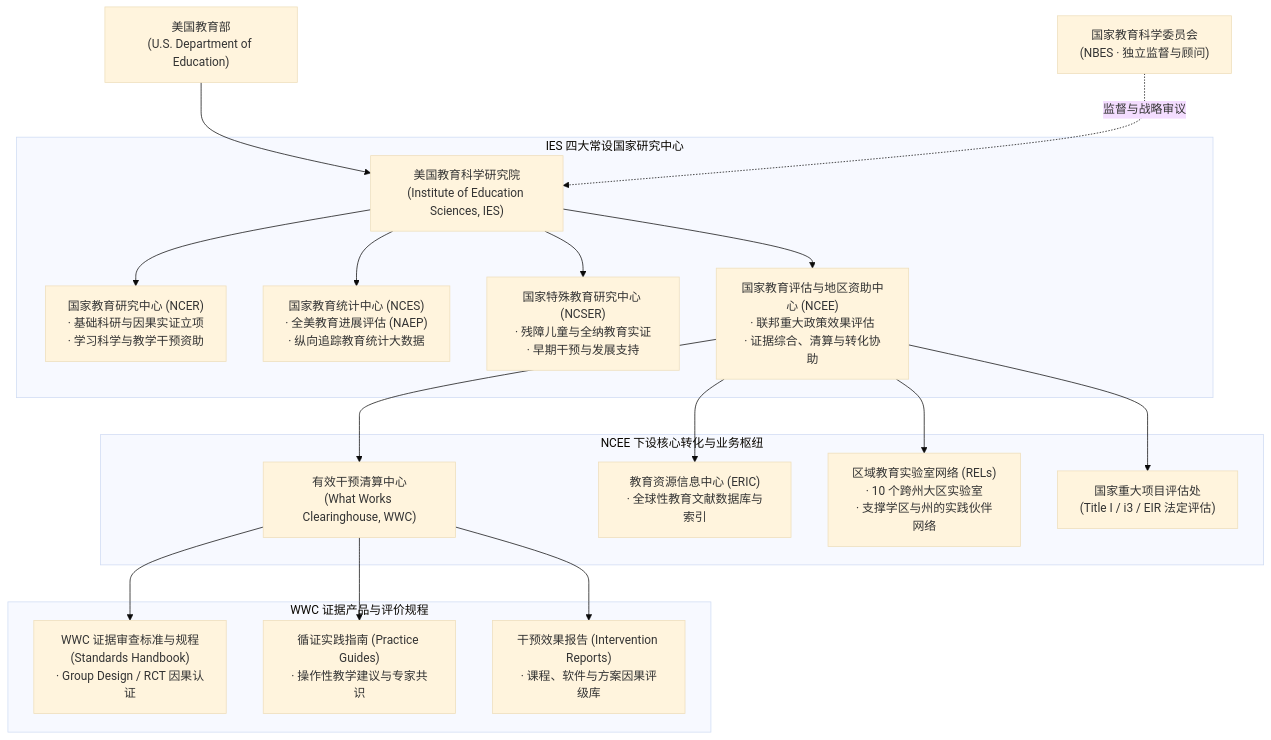
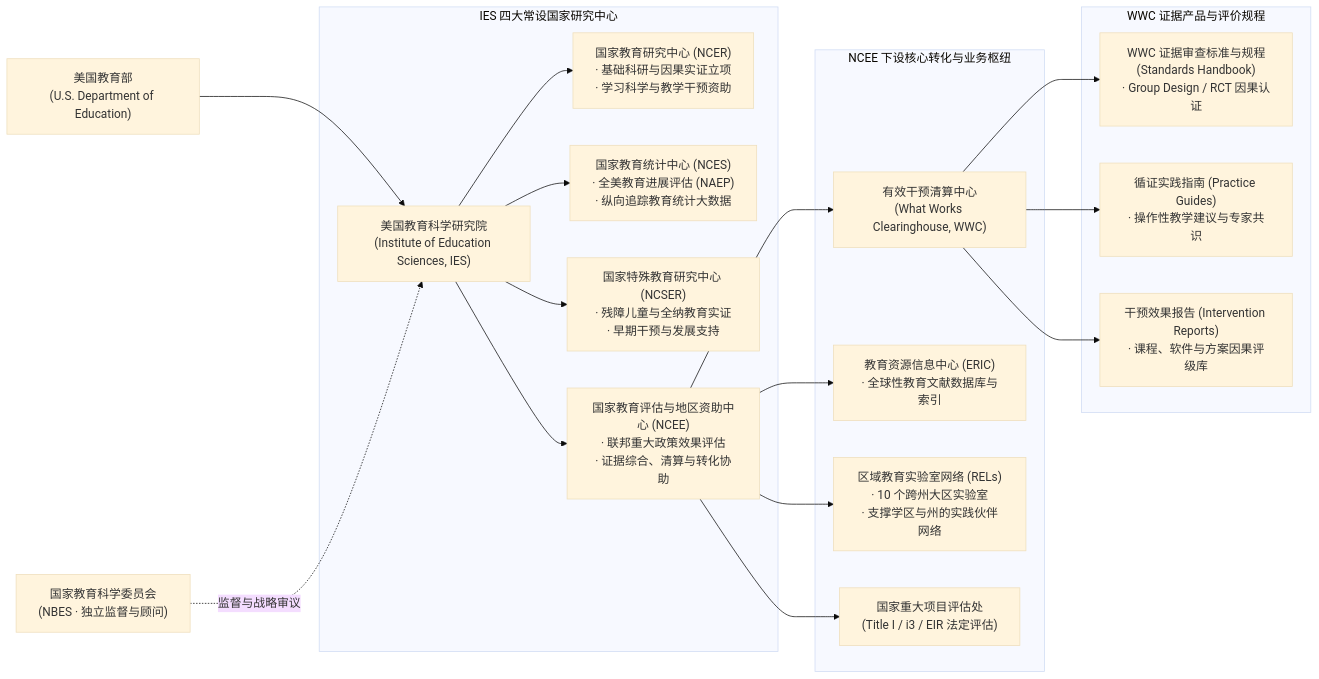
One commit to likemie/vault-notes changed the diagram in wiki/facts/us/Institute of Education Sciences.md. Above: the diagram before and after it, drawn with Mermaid (base theme). The commit also changed 4 other files, not shown here.

````diff
--- a/wiki/facts/us/Institute of Education Sciences.md
+++ b/wiki/facts/us/Institute of Education Sciences.md
@@ -126,25 +126,25 @@
 ```mermaid
-graph TD
+flowchart LR
     ED["美国教育部<br/>(U.S. Department of Education)"] --> IES["美国教育科学研究院<br/>(Institute of Education Sciences, IES)"]
     NBES["国家教育科学委员会<br/>(NBES · 独立监督与顾问)"] -. 监督与战略审议 .-> IES
 
     subgraph IES_CENTERS ["IES 四大常设国家研究中心"]
         IES --> NCER["国家教育研究中心 (NCER)<br/>· 基础科研与因果实证立项<br/>· 学习科学与教学干预资助"]
         IES --> NCES["国家教育统计中心 (NCES)<br/>· 全美教育进展评估 (NAEP)<br/>· 纵向追踪教育统计大数据"]
         IES --> NCSER["国家特殊教育研究中心 (NCSER)<br/>· 残障儿童与全纳教育实证<br/>· 早期干预与发展支持"]
         IES --> NCEE["国家教育评估与地区资助中心 (NCEE)<br/>· 联邦重大政策效果评估<br/>· 证据综合、清算与转化协助"]
     end
 
     subgraph NCEE_ENTITIES ["NCEE 下设核心转化与业务枢纽"]
         NCEE --> WWC["有效干预清算中心<br/>(What Works Clearinghouse, WWC)"]
         NCEE --> ERIC["教育资源信息中心 (ERIC)<br/>· 全球性教育文献数据库与索引"]
         NCEE --> REL["区域教育实验室网络 (RELs)<br/>· 10 个跨州大区实验室<br/>· 支撑学区与州的实践伙伴网络"]
         NCEE --> NAE["国家重大项目评估处<br/>(Title I / i3 / EIR 法定评估)"]
     end
 
     subgraph WWC_OUTPUTS ["WWC 证据产品与评价规程"]
         WWC --> W1["WWC 证据审查标准与规程<br/>(Standards Handbook)<br/>· Group Design / RCT 因果认证"]
         WWC --> W2["循证实践指南 (Practice Guides)<br/>· 操作性教学建议与专家共识"]
         WWC --> W3["干预效果报告 (Intervention Reports)<br/>· 课程、软件与方案因果评级库"]
     end
 ```
````
